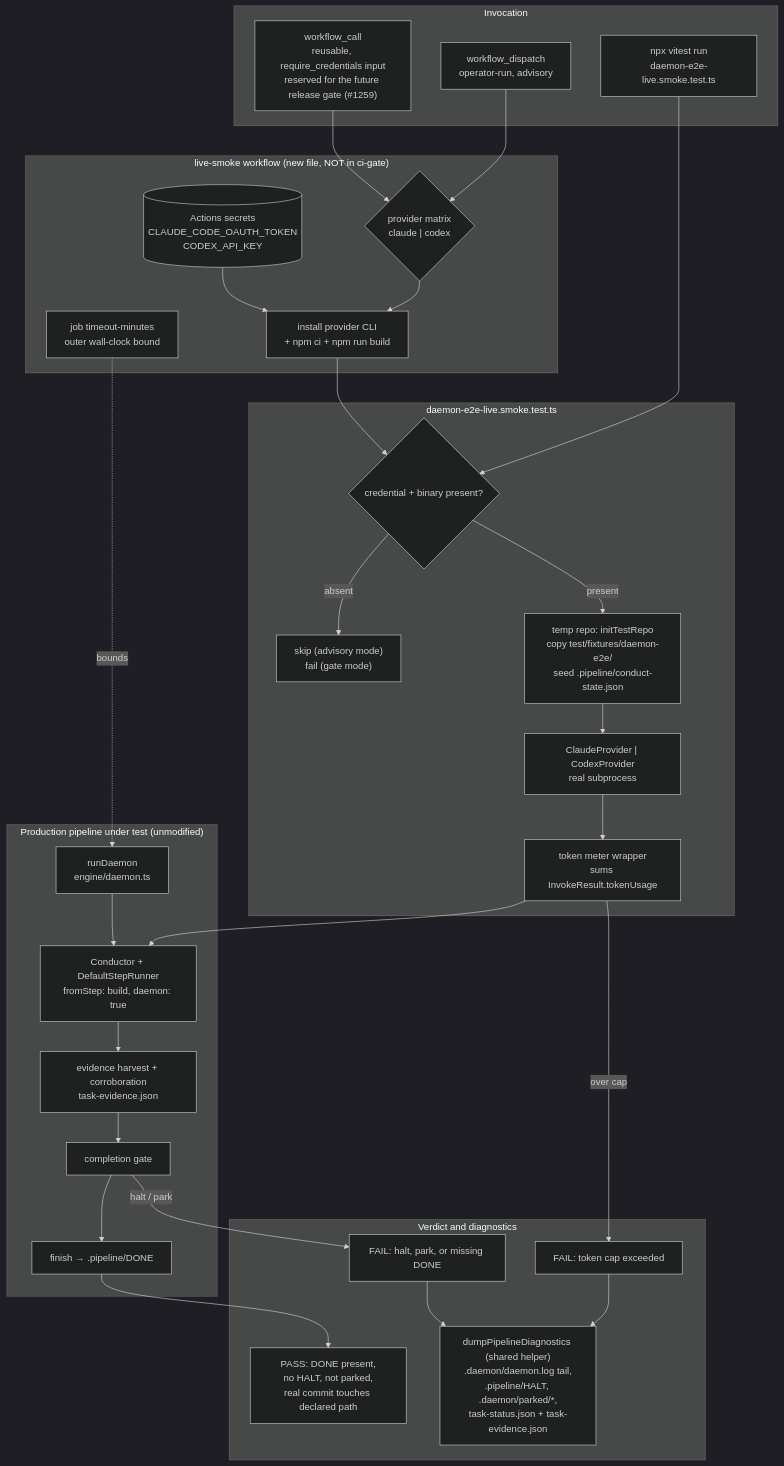
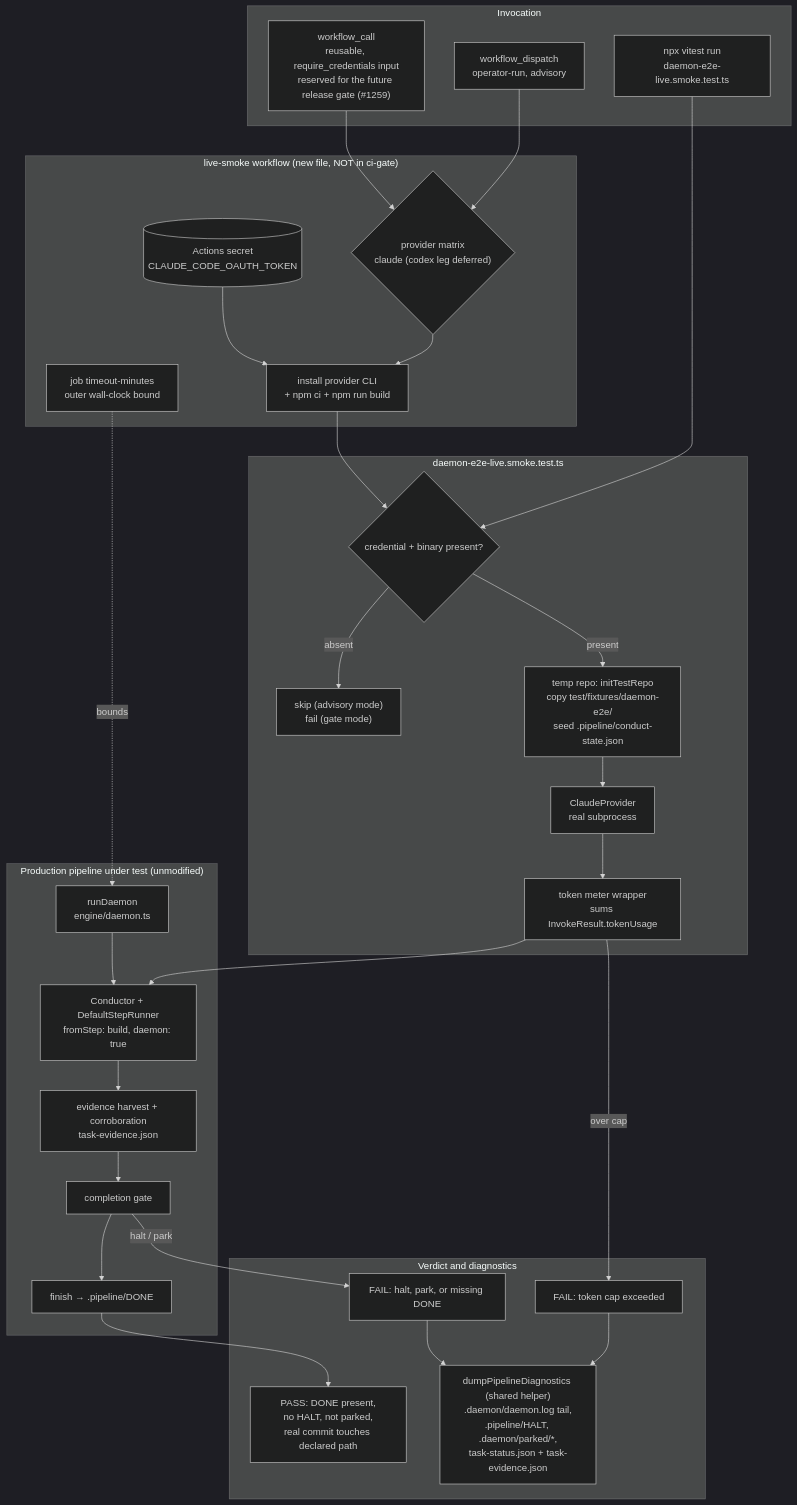
One commit to jstoup111/ai-conductor changed the diagram in .docs/architecture/daemon-e2e-smoke-step-has-no-real-agent-live-llm-t.md. Above: the diagram before and after it, drawn with Mermaid (dark theme). The commit also changed other lines of this file and 8 other files, not shown here.

````diff
--- a/.docs/architecture/daemon-e2e-smoke-step-has-no-real-agent-live-llm-t.md
+++ b/.docs/architecture/daemon-e2e-smoke-step-has-no-real-agent-live-llm-t.md
@@ -10,60 +10,60 @@
 ```mermaid
 graph TD
     subgraph TRIGGER["Invocation"]
         DISPATCH["workflow_dispatch<br/>operator-run, advisory"]
         CALL["workflow_call<br/>reusable, require_credentials input<br/>reserved for the future release gate (#1259)"]
         LOCAL["npx vitest run<br/>daemon-e2e-live.smoke.test.ts"]
     end
 
     subgraph WF["live-smoke workflow (new file, NOT in ci-gate)"]
-        MATRIX{"provider matrix<br/>claude | codex"}
+        MATRIX{"provider matrix<br/>claude (codex leg deferred)"}
         INSTALL["install provider CLI<br/>+ npm ci + npm run build"]
-        SECRET[("Actions secrets<br/>CLAUDE_CODE_OAUTH_TOKEN<br/>CODEX_API_KEY")]
+        SECRET[("Actions secret<br/>CLAUDE_CODE_OAUTH_TOKEN")]
         TIMEOUT["job timeout-minutes<br/>outer wall-clock bound"]
     end
 
     subgraph TEST["daemon-e2e-live.smoke.test.ts"]
         GATE{"credential + binary present?"}
         SKIP["skip (advisory mode)<br/>fail (gate mode)"]
         SEED["temp repo: initTestRepo<br/>copy test/fixtures/daemon-e2e/<br/>seed .pipeline/conduct-state.json"]
-        REALPROV["ClaudeProvider | CodexProvider<br/>real subprocess"]
+        REALPROV["ClaudeProvider<br/>real subprocess"]
         METER["token meter wrapper<br/>sums InvokeResult.tokenUsage"]
     end
 
     subgraph PIPE["Production pipeline under test (unmodified)"]
         RUNDAEMON["runDaemon<br/>engine/daemon.ts"]
         COND["Conductor + DefaultStepRunner<br/>fromStep: build, daemon: true"]
         EVID["evidence harvest + corroboration<br/>task-evidence.json"]
         GATEC["completion gate"]
         FINISH["finish → .pipeline/DONE"]
     end
 
     subgraph OUT["Verdict and diagnostics"]
         OK["PASS: DONE present,<br/>no HALT, not parked,<br/>real commit touches declared path"]
         CAP["FAIL: token cap exceeded"]
         DIAG["dumpPipelineDiagnostics (shared helper)<br/>.daemon/daemon.log tail,<br/>.pipeline/HALT, .daemon/parked/*,<br/>task-status.json + task-evidence.json"]
         FAIL["FAIL: halt, park, or missing DONE"]
     end
 
     DISPATCH --> MATRIX
     CALL --> MATRIX
     LOCAL --> GATE
     MATRIX --> INSTALL
     SECRET --> INSTALL
     INSTALL --> GATE
     TIMEOUT -.bounds.-> RUNDAEMON
 
     GATE -- "absent" --> SKIP
     GATE -- "present" --> SEED
     SEED --> REALPROV
     REALPROV --> METER
     METER --> COND
     RUNDAEMON --> COND
     COND --> EVID --> GATEC --> FINISH
 
     FINISH --> OK
     METER -- "over cap" --> CAP
     GATEC -- "halt / park" --> FAIL
     CAP --> DIAG
     FAIL --> DIAG
 ```
````
